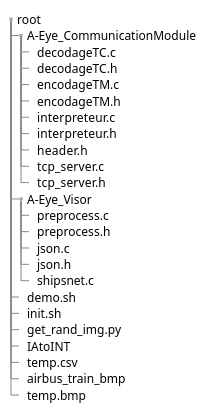
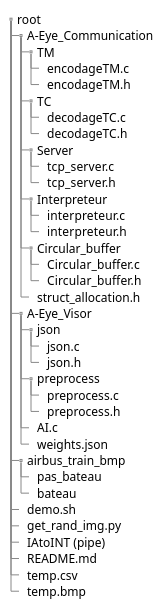
The first of 2 diagrams in plantuml/A-Eye_arboresence.plantuml (GuilhemROLLAND/A-Eye_Documentation), drawn with PlantUML before and after one commit. The commit also changed other lines of this file and 2 other files, not shown here.

```diff
--- a/plantuml/A-Eye_arboresence.plantuml
+++ b/plantuml/A-Eye_arboresence.plantuml
@@ -1,32 +1,45 @@
 @startsalt arbo_zybo
 
 {
     {T
         +root
-            ++A-Eye_CommunicationModule
-                +++decodageTC.c
-                +++decodageTC.h
-                +++encodageTM.c
-                +++encodageTM.h
-                +++interpreteur.c
-                +++interpreteur.h
-                +++header.h
-                +++tcp_server.c
-                +++tcp_server.h
+            ++A-Eye_Communication
+                +++TM
+                    ++++encodageTM.c
+                    ++++encodageTM.h
+                +++TC
+                    ++++decodageTC.c
+                    ++++decodageTC.h
+                +++Server 
+                    ++++tcp_server.c
+                    ++++tcp_server.h
+                +++Interpreteur
+                    ++++interpreteur.c
+                    ++++interpreteur.h
+                +++Circular_buffer
+                    ++++Circular_buffer.c
+                    ++++Circular_buffer.h
+                +++struct_allocation.h
+
             ++A-Eye_Visor
-                +++preprocess.c
-                +++preprocess.h
-                +++json.c
-                +++json.h
-                +++shipsnet.c
+                +++json
+                    ++++json.c
+                    ++++json.h
+                +++preprocess
+                    ++++preprocess.c
+                    ++++preprocess.h
+                +++AI.c
+                +++weights.json
+            ++airbus_train_bmp
+                +++pas_bateau
+                +++bateau
             ++demo.sh
-            ++init.sh
             ++get_rand_img.py
-            ++IAtoINT
+            ++IAtoINT (pipe)
+            ++README.md
             ++temp.csv
-            ++airbus_train_bmp
             ++temp.bmp
     }
 }
 
 @endsalt
```
